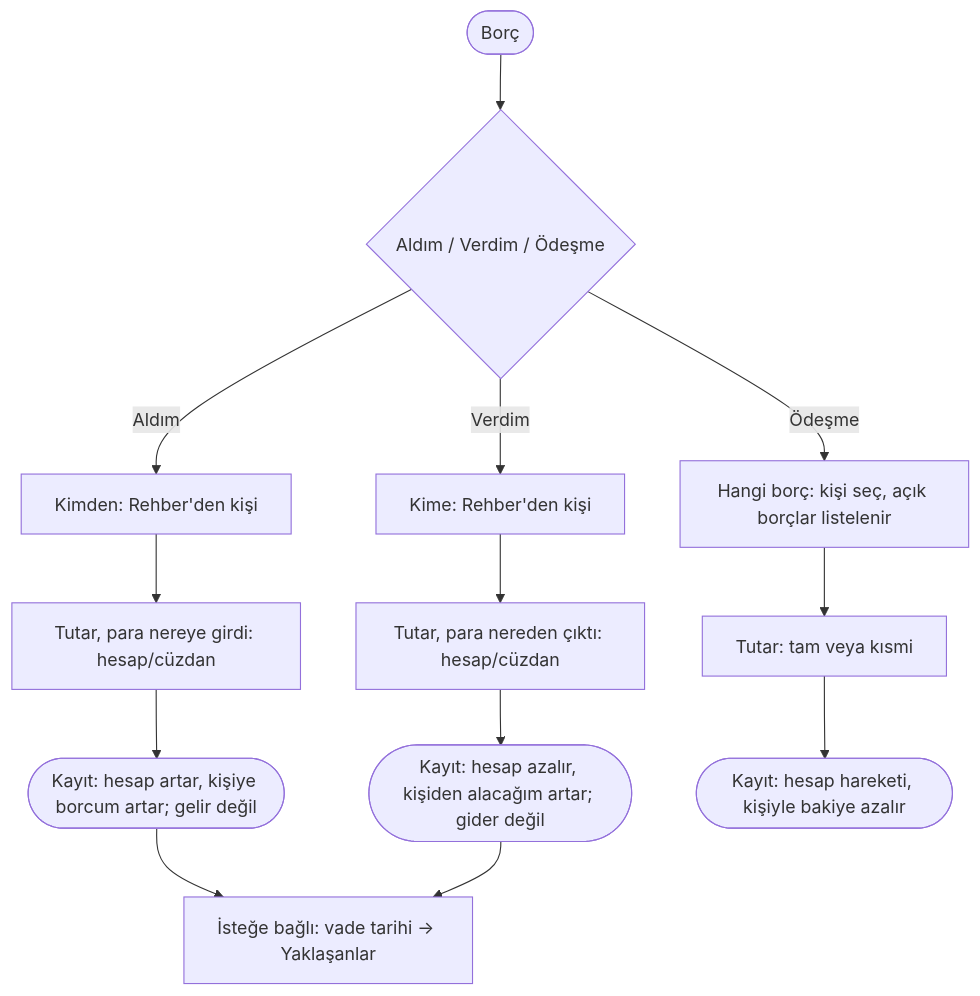
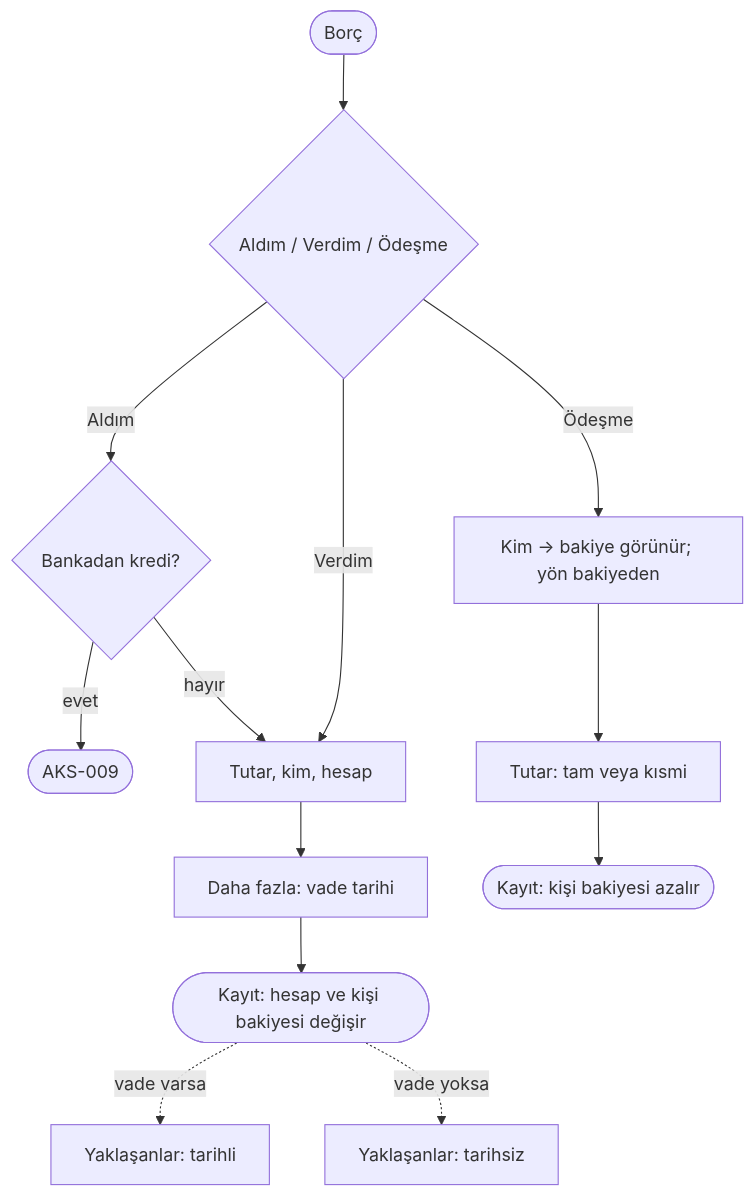
The diagram in docs/ux/akislar/AKS-005-borc.md (akderelianil/aa-finance), drawn with Mermaid before and after one commit. The commit also changed other lines of this file and 18 other files, not shown here.

````diff
--- a/docs/ux/akislar/AKS-005-borc.md
+++ b/docs/ux/akislar/AKS-005-borc.md
@@ -20,15 +23,15 @@
 ```mermaid
 flowchart TD
   A([Borç]) --> B{Aldım / Verdim / Ödeşme}
-  B -- Aldım --> C[Kimden: Rehber'den kişi]
-  B -- Verdim --> D[Kime: Rehber'den kişi]
-  B -- Ödeşme --> P[Hangi borç: kişi seç, açık borçlar listelenir]
-  C --> E[Tutar, para nereye girdi: hesap/cüzdan]
-  D --> F[Tutar, para nereden çıktı: hesap/cüzdan]
-  E --> G([Kayıt: hesap artar, kişiye borcum artar; gelir değil])
-  F --> H([Kayıt: hesap azalır, kişiden alacağım artar; gider değil])
+  B -- Aldım --> L{Bankadan kredi?}
+  L -- evet --> K([AKS-009])
+  L -- hayır --> C[Tutar, kim, hesap]
+  B -- Verdim --> C
+  B -- Ödeşme --> P[Kim → bakiye görünür; yön bakiyeden]
   P --> Q[Tutar: tam veya kısmi]
-  Q --> R([Kayıt: hesap hareketi, kişiyle bakiye azalır])
-  G --> Y[İsteğe bağlı: vade tarihi → Yaklaşanlar]
-  H --> Y
+  C --> V[Daha fazla: vade tarihi]
+  V --> G([Kayıt: hesap ve kişi bakiyesi değişir])
+  Q --> R([Kayıt: kişi bakiyesi azalır])
+  G -. vade varsa .-> Y[Yaklaşanlar: tarihli]
+  G -. vade yoksa .-> Y2[Yaklaşanlar: tarihsiz]
 ```
````
